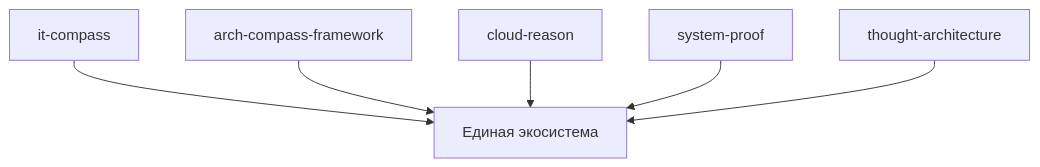
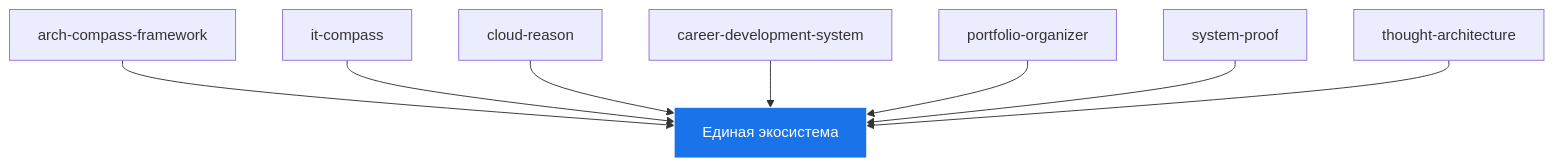
Before and after one commit to Control39/cognitive-systems-architecture: the diagram in ARCHITECTURE.md, drawn with Mermaid. The commit also changed other lines of this file and 10 other files, not shown here.

````diff
--- a/ARCHITECTURE.md
+++ b/ARCHITECTURE.md
@@ -45,8 +21,11 @@
 ```mermaid
 graph TD
-    A[it-compass] --> G[Единая экосистема]
-    B[arch-compass-framework] --> G[Единая экосистема]
-    C[cloud-reason] --> G[Единая экосистема]
-    D[system-proof] --> G[Единая экосистема]
-    E[thought-architecture] --> G[Единая экосистема]
+    A[arch-compass-framework] --> G[Единая экосистема]
+    B[it-compass] --> G
+    C[cloud-reason] --> G
+    D[career-development-system] --> G
+    E[portfolio-organizer] --> G
+    F[system-proof] --> G
+    H[thought-architecture] --> G
+    style G fill:#1a73e8,stroke:#fff,color:#fff
 ```
````
